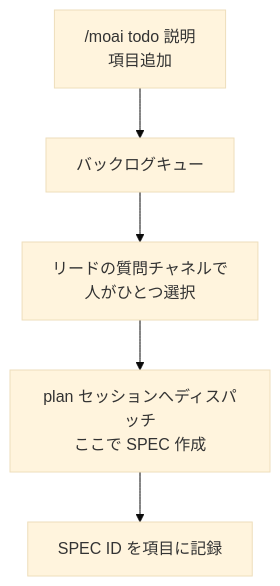
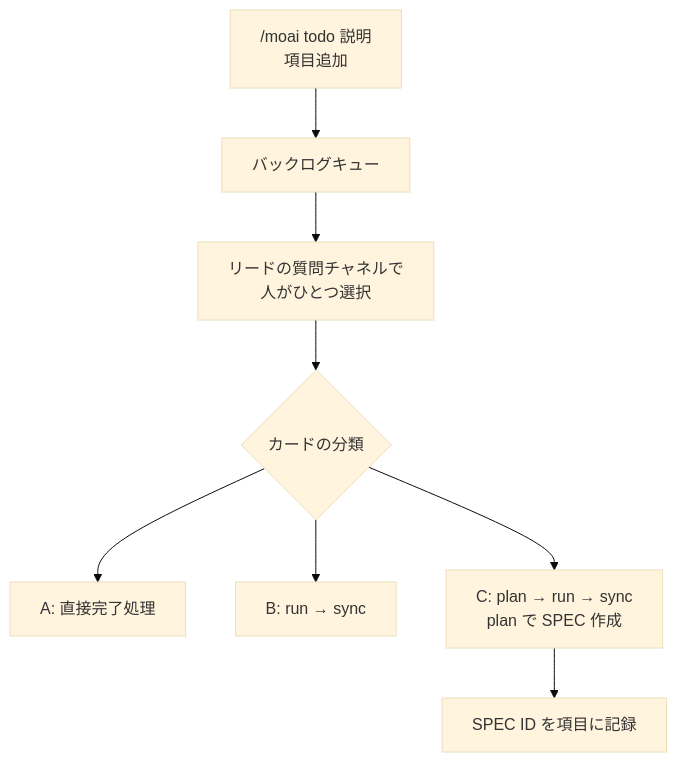
Before and after one commit to modu-ai/moai-adk: the diagram in docs-site/content/ja/utility-commands/moai-todo.md, drawn with Mermaid (base theme). The commit also changed other lines of this file and 54 other files, not shown here.

````diff
--- a/docs-site/content/ja/utility-commands/moai-todo.md
+++ b/docs-site/content/ja/utility-commands/moai-todo.md
@@ -27,7 +27,10 @@
 ```mermaid
 flowchart TD
     Add["/moai todo 説明<br/>項目追加"] --> Queue["バックログキュー"]
     Queue --> Pick["リードの質問チャネルで<br/>人がひとつ選択"]
-    Pick --> Plan["plan セッションへディスパッチ<br/>ここで SPEC 作成"]
+    Pick --> Class{"カードの分類"}
+    Class --> A["A: 直接完了処理"]
+    Class --> B["B: run → sync"]
+    Class --> Plan["C: plan → run → sync<br/>plan で SPEC 作成"]
     Plan --> Spec["SPEC ID を項目に記録"]
 ```
````
